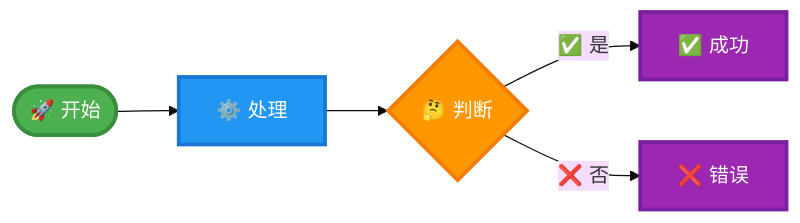
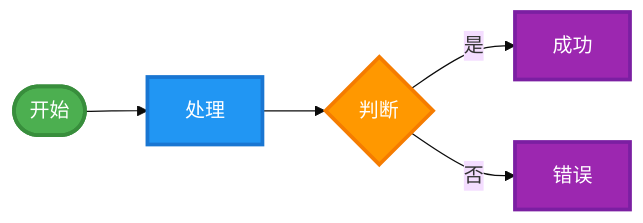
Before and after one commit to zengxiaolou/Interactive-Feedback-MCP: the seventh of 11 diagrams in cursor_rules_v8.1.md, drawn with Mermaid (base theme). The commit also changed other lines of this file, not shown here.

````diff
--- a/cursor_rules_v8.1.md
+++ b/cursor_rules_v8.1.md
@@ -384,17 +522,17 @@
 ```mermaid
 flowchart LR
-    Start(["🚀 开始"]) --> Process["⚙️ 处理"]
-    Process --> Decision{"🤔 判断"}
-    Decision -->|✅ 是| Success["✅ 成功"]
-    Decision -->|❌ 否| Error["❌ 错误"]
+    Start([" 开始"]) --> Process[" 处理"]
+    Process --> Decision{" 判断"}
+    Decision -->| 是| Success[" 成功"]
+    Decision -->| 否| Error[" 错误"]
     
     classDef startNode fill:#4CAF50,stroke:#388E3C,stroke-width:3px,color:#FFFFFF
     classDef processNode fill:#2196F3,stroke:#1976D2,stroke-width:3px,color:#FFFFFF
     classDef decisionNode fill:#FF9800,stroke:#F57C00,stroke-width:3px,color:#FFFFFF
     classDef resultNode fill:#9C27B0,stroke:#7B1FA2,stroke-width:3px,color:#FFFFFF
     
     class Start startNode
     class Process processNode
     class Decision decisionNode
     class Success,Error resultNode
 ```
````
